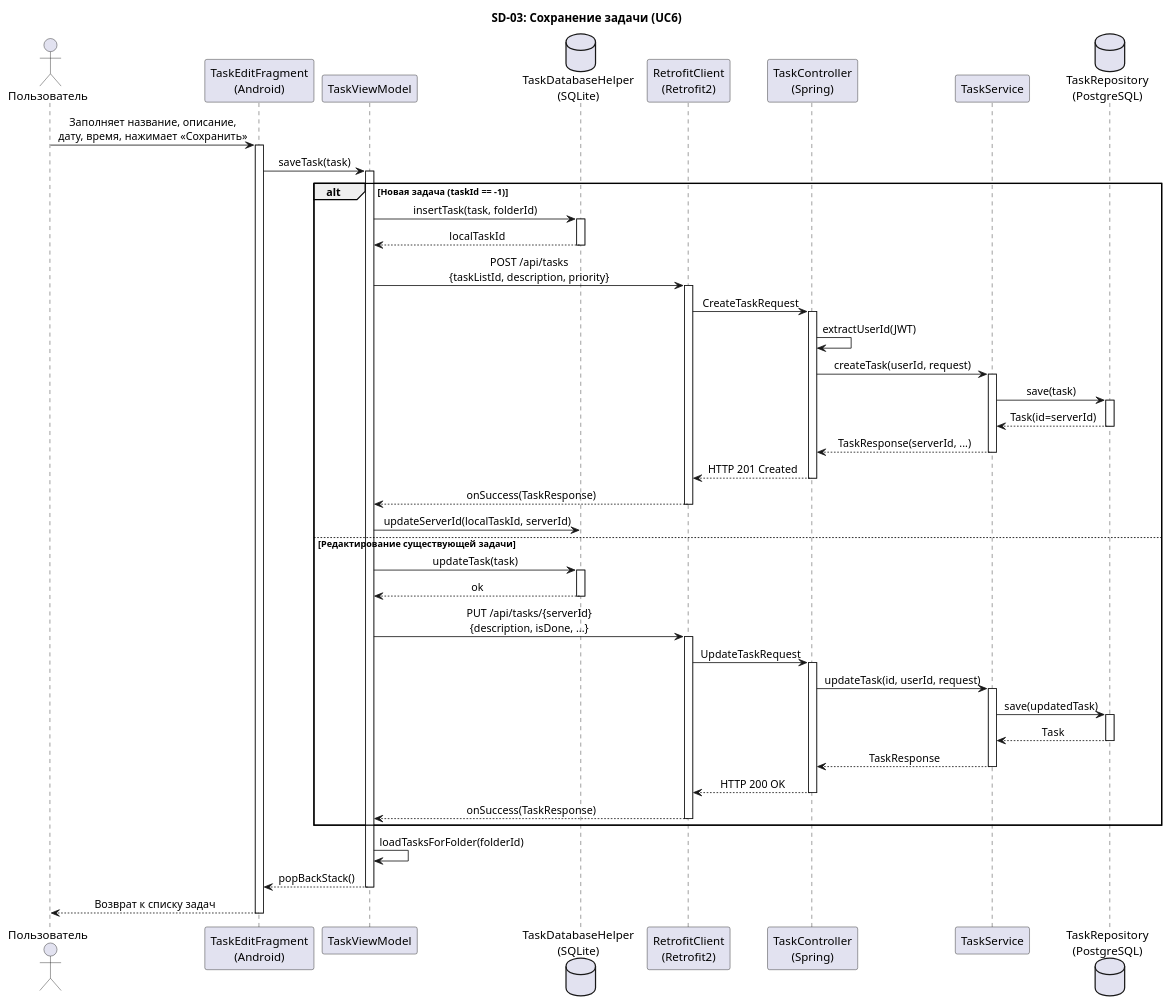
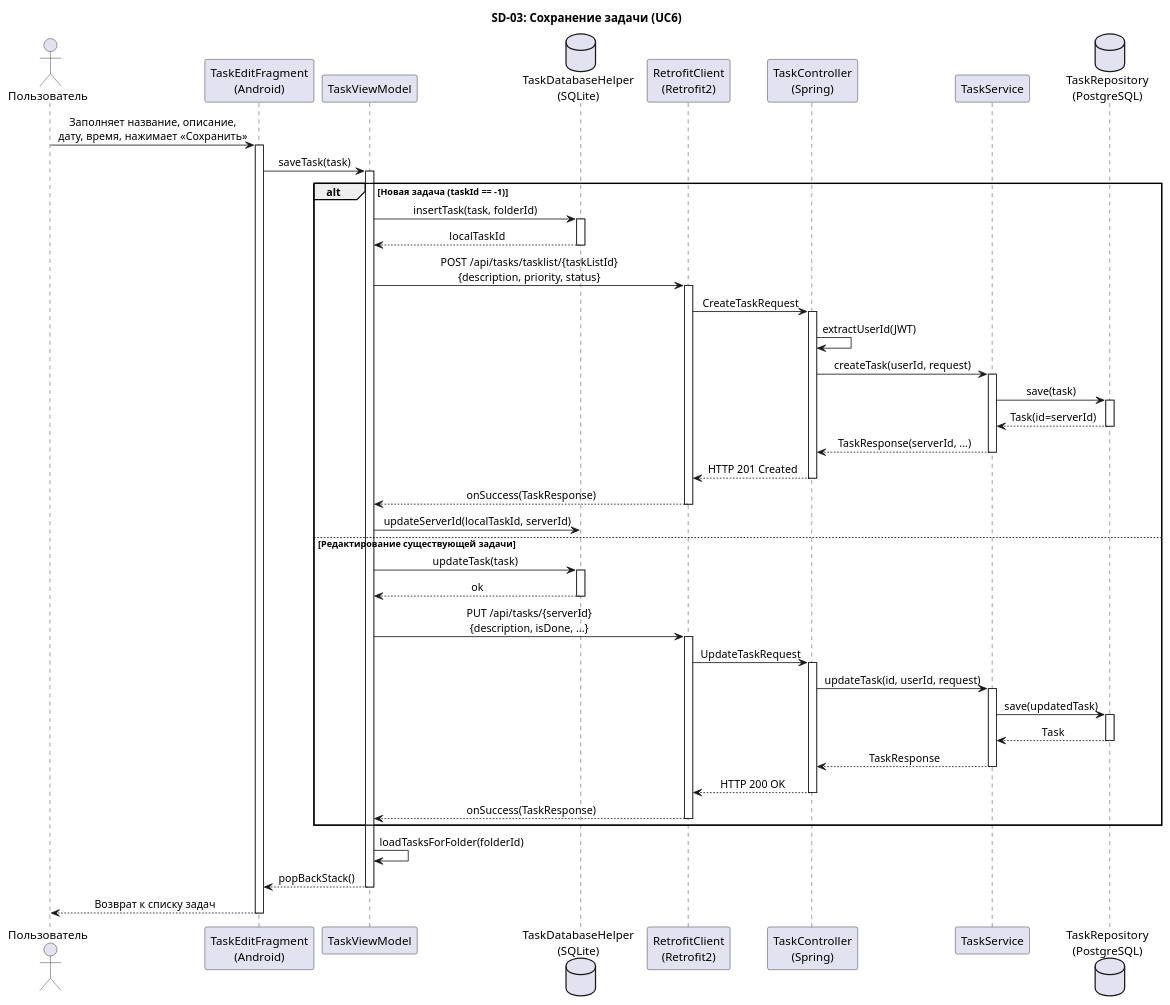
The third of 4 diagrams in 05-detailed-design/sequence-diagrams.md (LevontiyVeliki/course-project), drawn with PlantUML before and after one commit. The commit also changed other lines of this file and 5 other files, not shown here.

````diff
--- a/05-detailed-design/sequence-diagrams.md
+++ b/05-detailed-design/sequence-diagrams.md
@@ -168,81 +168,81 @@
 ```plantuml
 @startuml SD-03-SaveTask
 title SD-03: Сохранение задачи (UC6)
 
 skinparam sequenceMessageAlign center
 skinparam responseMessageBelowArrow true
 
 actor "Пользователь" as User
 participant "TaskEditFragment\n(Android)" as TEF
 participant "TaskViewModel" as TVM
 database "TaskDatabaseHelper\n(SQLite)" as DB
 participant "RetrofitClient\n(Retrofit2)" as RC
 participant "TaskController\n(Spring)" as TC
 participant "TaskService" as TS
 database "TaskRepository\n(PostgreSQL)" as TR
 
 User -> TEF : Заполняет название, описание,\nдату, время, нажимает «Сохранить»
 activate TEF
 
 TEF -> TVM : saveTask(task)
 activate TVM
 
 alt Новая задача (taskId == -1)
     TVM -> DB : insertTask(task, folderId)
     activate DB
     DB --> TVM : localTaskId
     deactivate DB
 
-    TVM -> RC : POST /api/tasks\n{taskListId, description, priority}
+    TVM -> RC : POST /api/tasks/tasklist/{taskListId}\n{description, priority, status}
     activate RC
     RC -> TC : CreateTaskRequest
     activate TC
     TC -> TC : extractUserId(JWT)
     TC -> TS : createTask(userId, request)
     activate TS
     TS -> TR : save(task)
     activate TR
     TR --> TS : Task(id=serverId)
     deactivate TR
     TS --> TC : TaskResponse(serverId, ...)
     deactivate TS
     TC --> RC : HTTP 201 Created
     deactivate TC
     RC --> TVM : onSuccess(TaskResponse)
     deactivate RC
 
     TVM -> DB : updateServerId(localTaskId, serverId)
 
 else Редактирование существующей задачи
     TVM -> DB : updateTask(task)
     activate DB
     DB --> TVM : ok
     deactivate DB
 
     TVM -> RC : PUT /api/tasks/{serverId}\n{description, isDone, ...}
     activate RC
     RC -> TC : UpdateTaskRequest
     activate TC
     TC -> TS : updateTask(id, userId, request)
     activate TS
     TS -> TR : save(updatedTask)
     activate TR
     TR --> TS : Task
     deactivate TR
     TS --> TC : TaskResponse
     deactivate TS
     TC --> RC : HTTP 200 OK
     deactivate TC
     RC --> TVM : onSuccess(TaskResponse)
     deactivate RC
 end
 
 TVM -> TVM : loadTasksForFolder(folderId)
 TVM --> TEF : popBackStack()
 deactivate TVM
 
 TEF --> User : Возврат к списку задач
 deactivate TEF
 
 @enduml
 ```
````
